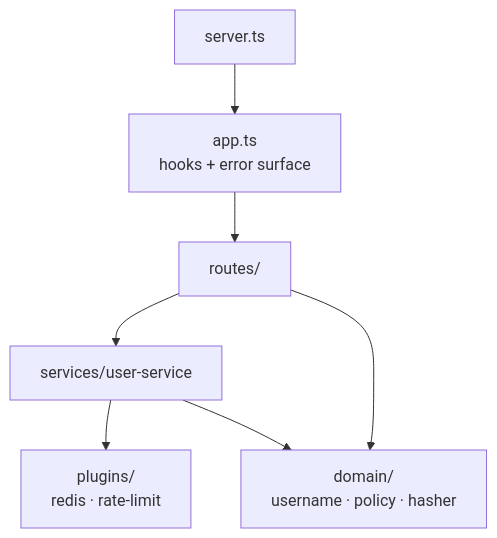
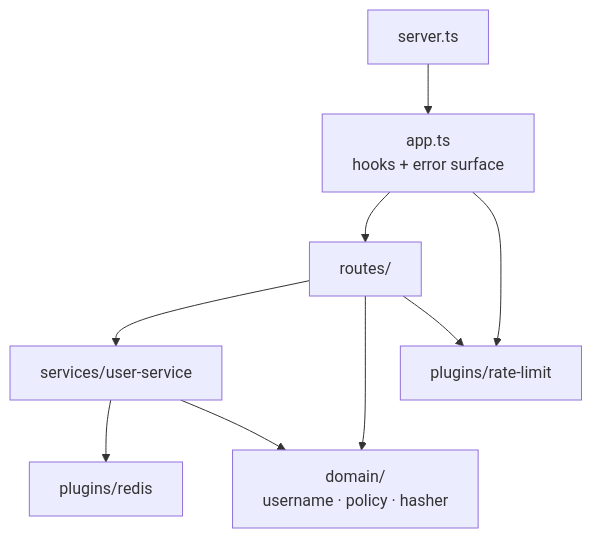
Before and after one commit to ArashM0z/auth-api: the tenth of 13 diagrams in docs/diagrams.md, drawn with Mermaid. The commit also changed other lines of this file and 11 other files, not shown here.

````diff
--- a/docs/diagrams.md
+++ b/docs/diagrams.md
@@ -156,9 +156,11 @@
 ```mermaid
 flowchart TD
   server[server.ts] --> app[app.ts<br/>hooks + error surface]
   app --> routes[routes/]
   routes --> svc[services/user-service]
   routes --> domain[domain/<br/>username · policy · hasher]
-  svc --> plugins[plugins/<br/>redis · rate-limit]
+  app --> rl[plugins/rate-limit]
+  routes --> rl
+  svc --> rd[plugins/redis]
   svc --> domain
 ```
````
